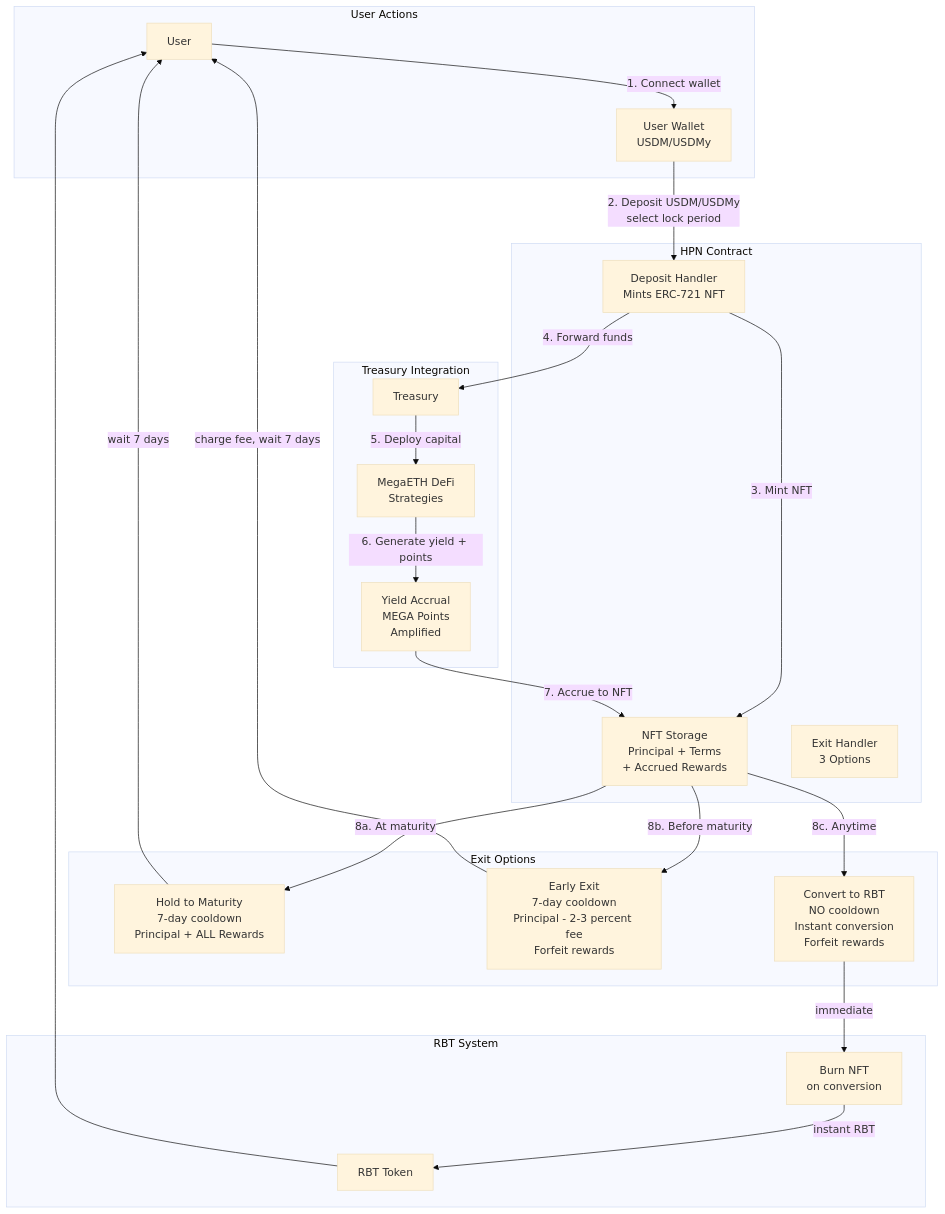
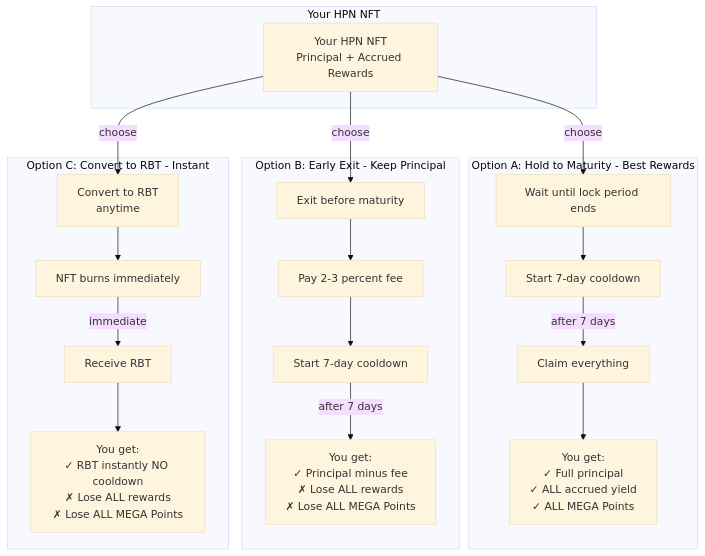
Before and after one commit to 0xJaehaerys/ohmega: the third of 7 diagrams in blackhaven-architecture-diagrams.md, drawn with Mermaid (base theme). The commit also changed other lines of this file, not shown here.

Commit message:
Simplify HPN: split into deposit flow and exit options diagrams

````diff
--- a/blackhaven-architecture-diagrams.md
+++ b/blackhaven-architecture-diagrams.md
@@ -87,49 +124,43 @@
 ```mermaid
 graph TB
-    subgraph "User Actions"
-        USER[User]
-        WALLET[User Wallet<br/>USDM/USDMy]
+    subgraph "Your HPN NFT"
+        NFT[Your HPN NFT<br/>Principal + Accrued Rewards]
     end
     
-    subgraph "HPN Contract"
-        DEPOSIT_HANDLER[Deposit Handler<br/>Mints ERC-721 NFT]
-        NFT_STORAGE[NFT Storage<br/>Principal + Terms<br/>+ Accrued Rewards]
-        EXIT_HANDLER[Exit Handler<br/>3 Options]
+    subgraph "Option A: Hold to Maturity - Best Rewards"
+        MAT_ACTION[Wait until lock period ends]
+        MAT_COOLDOWN[Start 7-day cooldown]
+        MAT_CLAIM[Claim everything]
+        MAT_RESULT[You get:<br/>✓ Full principal<br/>✓ ALL accrued yield<br/>✓ ALL MEGA Points]
     end
     
-    subgraph "Exit Options"
-        MATURITY[Hold to Maturity<br/>7-day cooldown<br/>Principal + ALL Rewards]
-        EARLY_EXIT[Early Exit<br/>7-day cooldown<br/>Principal - 2-3 percent fee<br/>Forfeit rewards]
-        RBT_CONVERT[Convert to RBT<br/>NO cooldown<br/>Instant conversion<br/>Forfeit rewards]
+    subgraph "Option B: Early Exit - Keep Principal"
+        EARLY_ACTION[Exit before maturity]
+        EARLY_FEE[Pay 2-3 percent fee]
+        EARLY_COOLDOWN[Start 7-day cooldown]
+        EARLY_RESULT[You get:<br/>✓ Principal minus fee<br/>✗ Lose ALL rewards<br/>✗ Lose ALL MEGA Points]
     end
     
-    subgraph "Treasury Integration"
-        TREASURY[Treasury]
-        DEFI[MegaETH DeFi<br/>Strategies]
-        YIELD[Yield Accrual<br/>MEGA Points<br/>Amplified]
+    subgraph "Option C: Convert to RBT - Instant"
+        CONVERT_ACTION[Convert to RBT<br/>anytime]
+        CONVERT_BURN[NFT burns immediately]
+        CONVERT_RBT[Receive RBT]
+        CONVERT_RESULT[You get:<br/>✓ RBT instantly NO cooldown<br/>✗ Lose ALL rewards<br/>✗ Lose ALL MEGA Points]
     end
     
-    subgraph "RBT System"
-        RBT[RBT Token]
-        BURN[Burn NFT<br/>on conversion]
-    end
+    NFT -->|choose| MAT_ACTION
+    NFT -->|choose| EARLY_ACTION
+    NFT -->|choose| CONVERT_ACTION
     
-    USER -->|1. Connect wallet| WALLET
-    WALLET -->|2. Deposit USDM/USDMy<br/>select lock period| DEPOSIT_HANDLER
-    DEPOSIT_HANDLER -->|3. Mint NFT| NFT_STORAGE
-    DEPOSIT_HANDLER -->|4. Forward funds| TREASURY
+    MAT_ACTION --> MAT_COOLDOWN
+    MAT_COOLDOWN -->|after 7 days| MAT_CLAIM
+    MAT_CLAIM --> MAT_RESULT
     
-    TREASURY -->|5. Deploy capital| DEFI
-    DEFI -->|6. Generate yield + points| YIELD
-    YIELD -->|7. Accrue to NFT| NFT_STORAGE
+    EARLY_ACTION --> EARLY_FEE
+    EARLY_FEE --> EARLY_COOLDOWN
+    EARLY_COOLDOWN -->|after 7 days| EARLY_RESULT
     
-    NFT_STORAGE -->|8a. At maturity| MATURITY
-    NFT_STORAGE -->|8b. Before maturity| EARLY_EXIT
-    NFT_STORAGE -->|8c. Anytime| RBT_CONVERT
-    
-    MATURITY -->|wait 7 days| USER
-    EARLY_EXIT -->|charge fee, wait 7 days| USER
-    RBT_CONVERT -->|immediate| BURN
-    BURN -->|instant RBT| RBT
-    RBT --> USER
+    CONVERT_ACTION --> CONVERT_BURN
+    CONVERT_BURN -->|immediate| CONVERT_RBT
+    CONVERT_RBT --> CONVERT_RESULT
 ```
````
